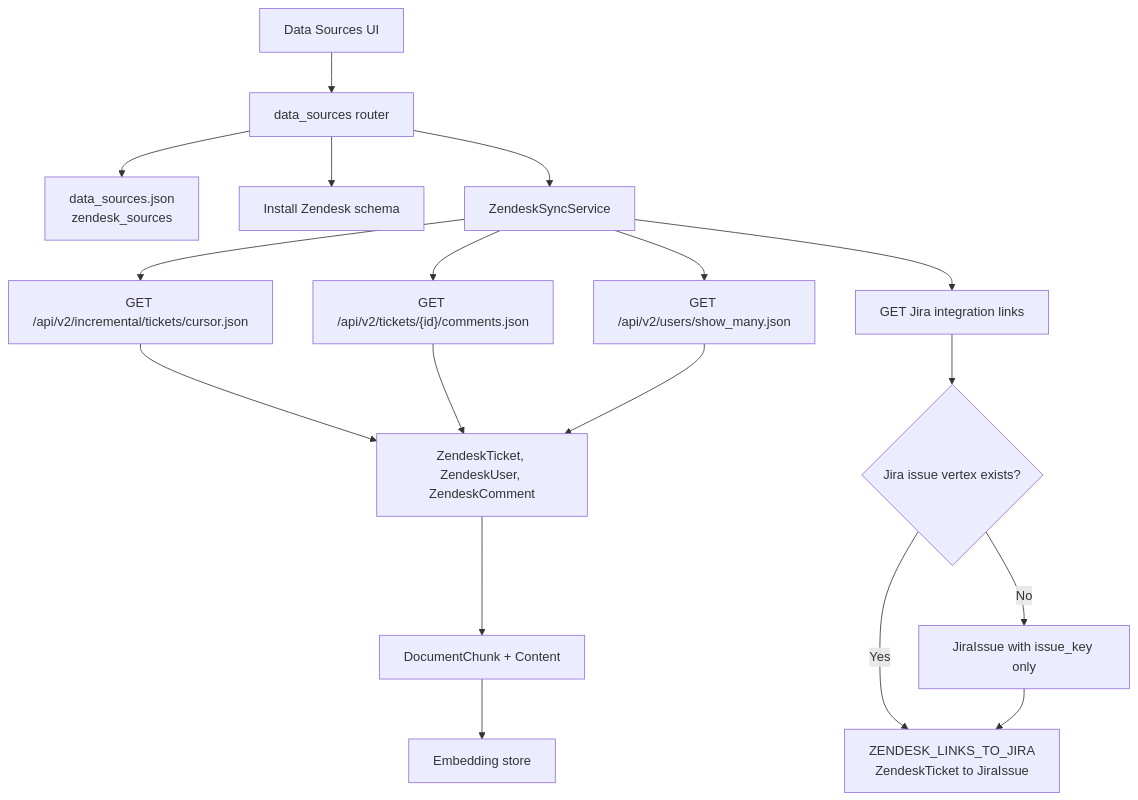
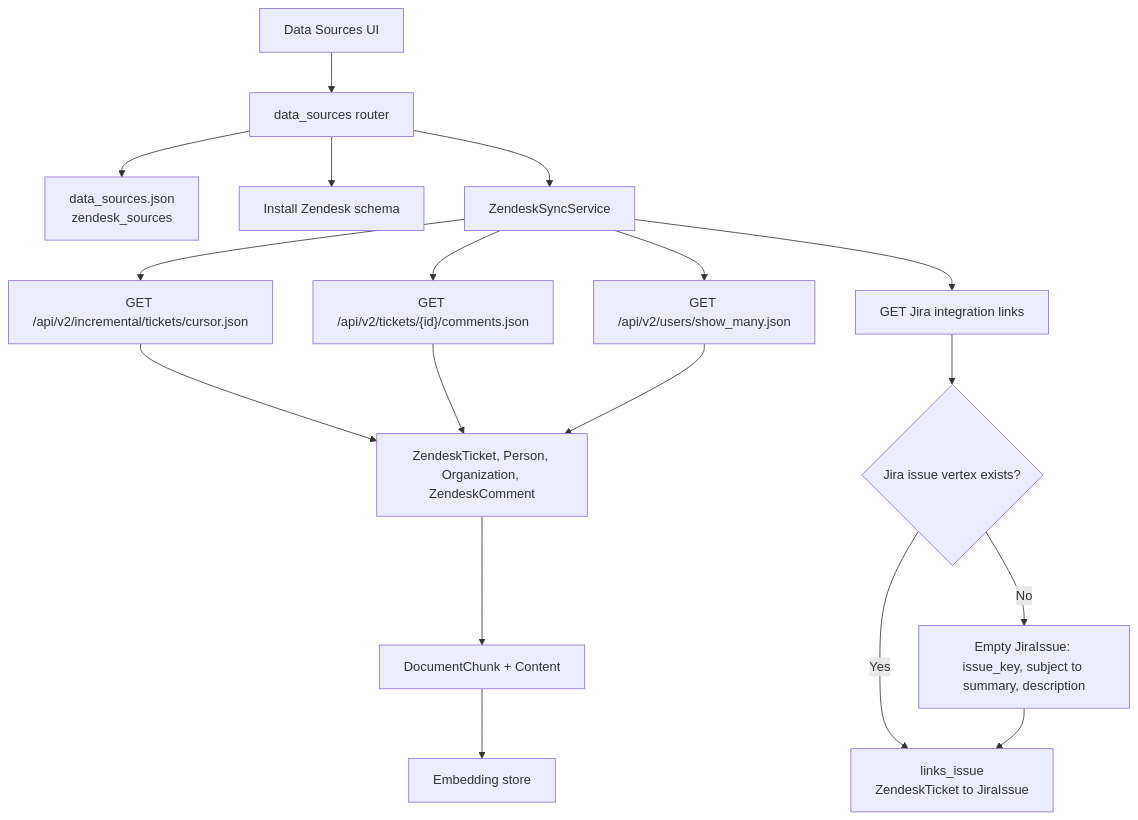
One commit to tigergraph/graphrag changed the diagram in docs/ZendeskDataSourceConnector.md. Above: the diagram before and after it, drawn with Mermaid. The commit also changed other lines of this file and 18 other files, not shown here.

First line of the commit message:
GML-2348: ingest Zendesk tickets on the shared schema and resume failed tickets.

````diff
--- a/docs/ZendeskDataSourceConnector.md
+++ b/docs/ZendeskDataSourceConnector.md
@@ -21,23 +32,23 @@
 ```mermaid
 flowchart TD
     UI[Data Sources UI] --> API[data_sources router]
     API --> CFG["data_sources.json<br/>zendesk_sources"]
     API --> SCHEMA[Install Zendesk schema]
     API --> SYNC[ZendeskSyncService]
 
     SYNC --> TICKETS["GET /api/v2/incremental/tickets/cursor.json"]
     SYNC --> COMMENTS["GET /api/v2/tickets/{id}/comments.json"]
     SYNC --> USERS["GET /api/v2/users/show_many.json"]
     SYNC --> LINKS["GET Jira integration links"]
 
-    TICKETS --> WRITE[ZendeskTicket, ZendeskUser, ZendeskComment]
+    TICKETS --> WRITE[ZendeskTicket, Person, Organization, ZendeskComment]
     COMMENTS --> WRITE
     USERS --> WRITE
     WRITE --> CHUNKS["DocumentChunk + Content"]
     CHUNKS --> EMBED[Embedding store]
 
     LINKS --> REL{Jira issue vertex exists?}
-    REL -->|Yes| EDGE["ZENDESK_LINKS_TO_JIRA<br/>ZendeskTicket to JiraIssue"]
-    REL -->|No| PLACEHOLDER["JiraIssue with issue_key only"]
+    REL -->|Yes| EDGE["links_issue<br/>ZendeskTicket to JiraIssue"]
+    REL -->|No| PLACEHOLDER["Empty JiraIssue: issue_key, subject to summary, description"]
     PLACEHOLDER --> EDGE
 ```
````
